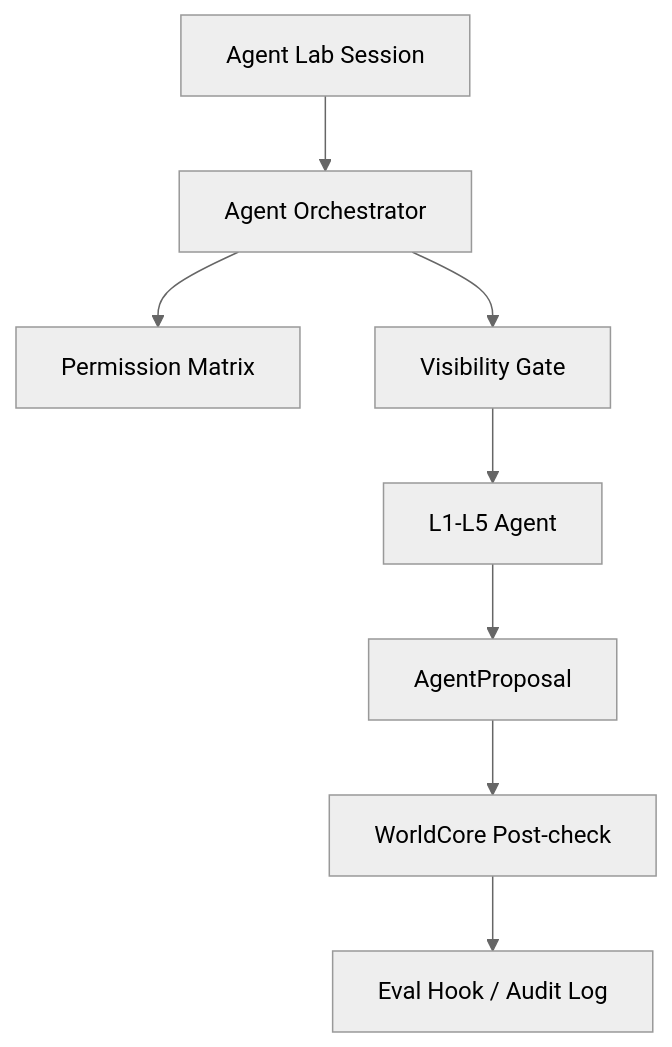
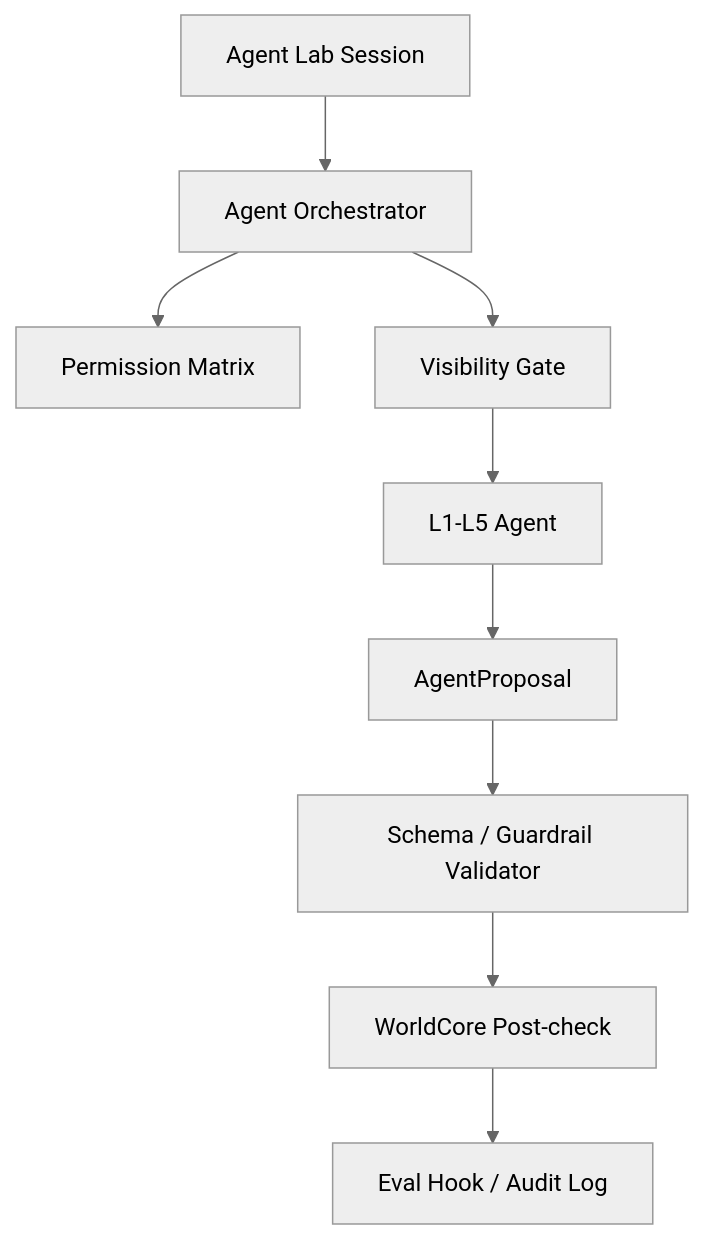
Before and after one commit to normalSp/reborn-gu-zhenren: the diagram in 指导大纲/v2.1.0/codex/00-总览/v2.1.0-a1-Claude-Code架构尽调.md, drawn with Mermaid (neutral theme). The commit also changed other lines of this file and 19 other files, not shown here.

````diff
--- a/指导大纲/v2.1.0/codex/00-总览/v2.1.0-a1-Claude-Code架构尽调.md
+++ b/指导大纲/v2.1.0/codex/00-总览/v2.1.0-a1-Claude-Code架构尽调.md
@@ -74,19 +109,21 @@
 ```mermaid
 flowchart TD
   Session["Agent Lab Session"]
   Orchestrator["Agent Orchestrator"]
   Permission["Permission Matrix"]
   Visibility["Visibility Gate"]
   Agent["L1-L5 Agent"]
   Proposal["AgentProposal"]
+  Validator["Schema / Guardrail Validator"]
   WorldCore["WorldCore Post-check"]
   Eval["Eval Hook / Audit Log"]
 
   Session --> Orchestrator
   Orchestrator --> Permission
   Orchestrator --> Visibility
   Visibility --> Agent
   Agent --> Proposal
-  Proposal --> WorldCore
+  Proposal --> Validator
+  Validator --> WorldCore
   WorldCore --> Eval
 ```
````
